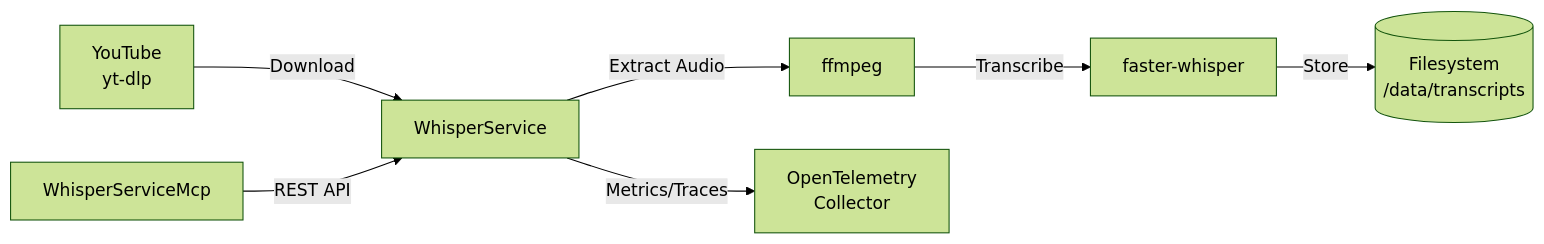
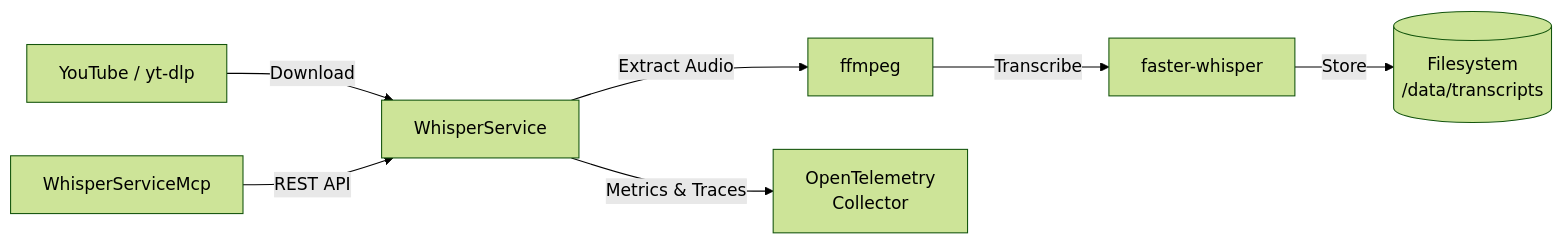
Before and after one commit to jpansarasa/ATLAS-Docs: the diagram in WhisperService/README.md, drawn with Mermaid (forest theme). The commit also changed other lines of this file and 17 other files, not shown here.

````diff
--- a/WhisperService/README.md
+++ b/WhisperService/README.md
@@ -11,9 +11,9 @@
 ```mermaid
 flowchart LR
-    YT[YouTube<br/>yt-dlp] -->|Download| WS[WhisperService]
+    YT[YouTube / yt-dlp] -->|Download| WS[WhisperService]
     WS -->|Extract Audio| FFmpeg[ffmpeg]
     FFmpeg -->|Transcribe| Whisper[faster-whisper]
     Whisper -->|Store| FS[(Filesystem<br/>/data/transcripts)]
-    WS -->|Metrics/Traces| OTEL[OpenTelemetry<br/>Collector]
+    WS -->|Metrics & Traces| OTEL[OpenTelemetry<br/>Collector]
     MCP[WhisperServiceMcp] -->|REST API| WS
 ```
````
